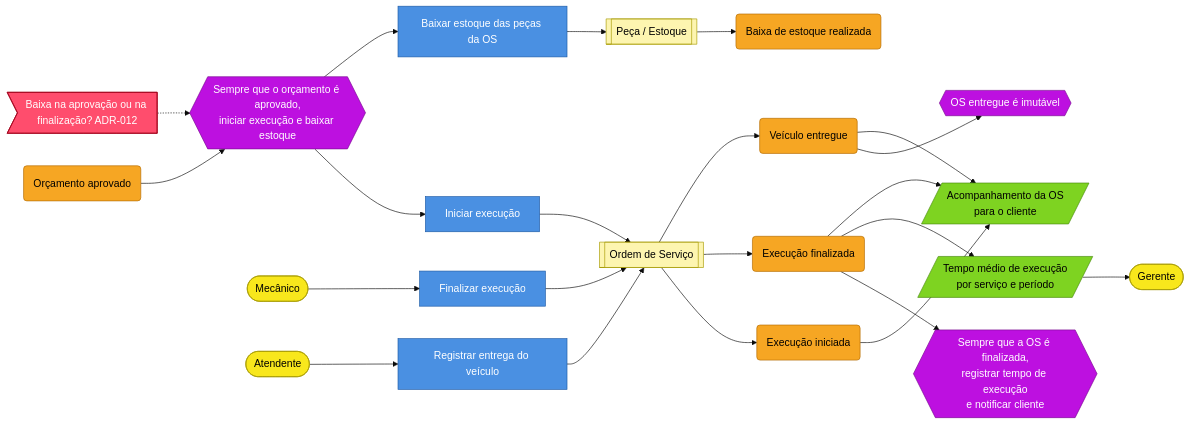
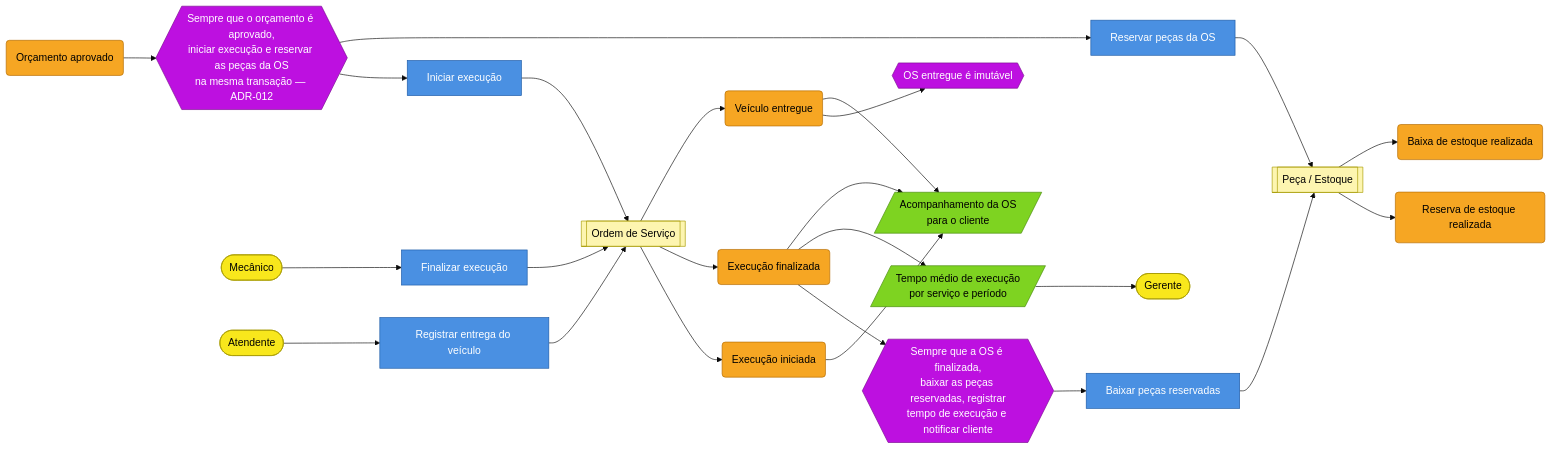
The fifth of 6 diagrams in docs/03-ddd/event-storming.md (HermandoThiago/FIAP-SOAT), drawn with Mermaid (base theme) before and after one commit. The commit also changed other lines of this file and 57 other files, not shown here.

````diff
--- a/docs/03-ddd/event-storming.md
+++ b/docs/03-ddd/event-storming.md
@@ -120,24 +118,23 @@
 ```mermaid
 flowchart LR
     classDef evento fill:#f6a623,stroke:#b36b00,color:#000
     classDef comando fill:#4a90e2,stroke:#1c5aa6,color:#fff
     classDef ator fill:#f8e71c,stroke:#a89b00,color:#000
     classDef agregado fill:#fdf5b0,stroke:#a89b00,color:#000
     classDef politica fill:#bd10e0,stroke:#7a0a92,color:#fff
     classDef leitura fill:#7ed321,stroke:#4a8a0e,color:#000
-    classDef hotspot fill:#ff4d6d,stroke:#a3001b,color:#fff
 
-    E0(Orçamento aprovado):::evento --> PL1{{Sempre que o orçamento é aprovado,<br/>iniciar execução e baixar estoque}}:::politica
+    E0(Orçamento aprovado):::evento --> PL1{{Sempre que o orçamento é aprovado,<br/>iniciar execução e reservar as peças da OS<br/>na mesma transação — ADR-012}}:::politica
     PL1 --> C1[Iniciar execução]:::comando --> G1[[Ordem de Serviço]]:::agregado --> E1(Execução iniciada):::evento
-    PL1 --> C2[Baixar estoque das peças da OS]:::comando --> G2[[Peça / Estoque]]:::agregado --> E2(Baixa de estoque realizada):::evento
-    H1>Baixa na aprovação ou na finalização? ADR-012]:::hotspot -.-> PL1
+    PL1 --> C2[Reservar peças da OS]:::comando --> G2[[Peça / Estoque]]:::agregado --> E2(Reserva de estoque realizada):::evento
     A1([Mecânico]):::ator --> C3[Finalizar execução]:::comando --> G1 --> E3(Execução finalizada):::evento
-    E3 --> PL2{{Sempre que a OS é finalizada,<br/>registrar tempo de execução<br/>e notificar cliente}}:::politica
+    E3 --> PL2{{Sempre que a OS é finalizada,<br/>baixar as peças reservadas, registrar<br/>tempo de execução e notificar cliente}}:::politica
+    PL2 --> C5[Baixar peças reservadas]:::comando --> G2 --> E5(Baixa de estoque realizada):::evento
     A2([Atendente]):::ator --> C4[Registrar entrega do veículo]:::comando --> G1 --> E4(Veículo entregue):::evento
     E4 --> PL3{{OS entregue é imutável}}:::politica
     E3 --> R1[/Tempo médio de execução<br/>por serviço e período/]:::leitura
     E1 --> R2[/Acompanhamento da OS<br/>para o cliente/]:::leitura
     E3 --> R2
     E4 --> R2
     R1 --> A3([Gerente]):::ator
 ```
````
